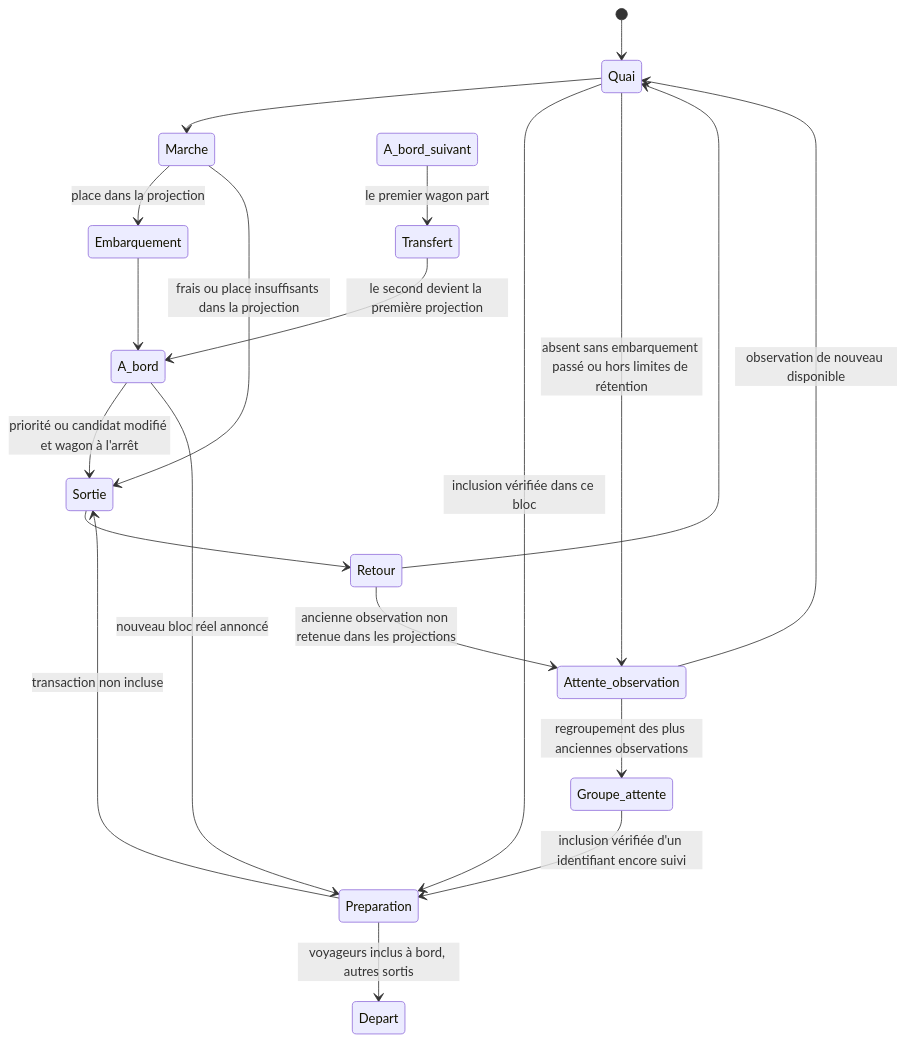
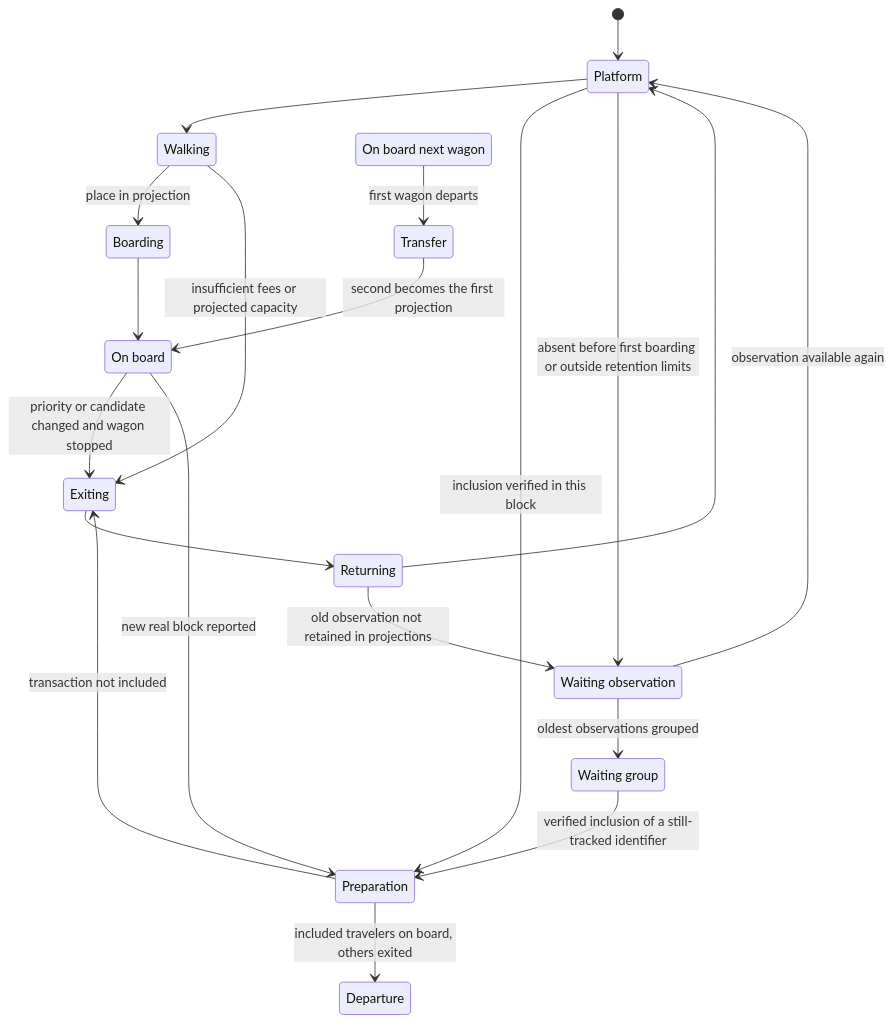
One commit to arnaud71/blocklane changed the diagram in docs/animation.md. Above: the diagram before and after it, drawn with Mermaid. The commit also changed other lines of this file and 41 other files, not shown here.

````diff
--- a/docs/animation.md
+++ b/docs/animation.md
@@ -79,22 +79,34 @@
 ```mermaid
 stateDiagram-v2
+    state "Platform" as Quai
+    state "Walking" as Marche
+    state "Boarding" as Embarquement
+    state "On board" as A_bord
+    state "Exiting" as Sortie
+    state "Preparation" as Preparation
+    state "Departure" as Depart
+    state "On board next wagon" as A_bord_suivant
+    state "Transfer" as Transfert
+    state "Returning" as Retour
+    state "Waiting observation" as Attente_observation
+    state "Waiting group" as Groupe_attente
     [*] --> Quai
     Quai --> Marche
-    Marche --> Embarquement: place dans la projection
+    Marche --> Embarquement: place in projection
     Embarquement --> A_bord
-    Marche --> Sortie: frais ou place insuffisants dans la projection
-    A_bord --> Sortie: priorité ou candidat modifié et wagon à l'arrêt
-    A_bord --> Preparation: nouveau bloc réel annoncé
-    Quai --> Preparation: inclusion vérifiée dans ce bloc
-    Preparation --> Depart: voyageurs inclus à bord, autres sortis
-    Preparation --> Sortie: transaction non incluse
-    A_bord_suivant --> Transfert: le premier wagon part
-    Transfert --> A_bord: le second devient la première projection
+    Marche --> Sortie: insufficient fees or projected capacity
+    A_bord --> Sortie: priority or candidate changed and wagon stopped
+    A_bord --> Preparation: new real block reported
+    Quai --> Preparation: inclusion verified in this block
+    Preparation --> Depart: included travelers on board, others exited
+    Preparation --> Sortie: transaction not included
+    A_bord_suivant --> Transfert: first wagon departs
+    Transfert --> A_bord: second becomes the first projection
     Sortie --> Retour
     Retour --> Quai
-    Quai --> Attente_observation: absent sans embarquement passé ou hors limites de rétention
-    Retour --> Attente_observation: ancienne observation non retenue dans les projections
-    Attente_observation --> Quai: observation de nouveau disponible
-    Attente_observation --> Groupe_attente: regroupement des plus anciennes observations
-    Groupe_attente --> Preparation: inclusion vérifiée d'un identifiant encore suivi
+    Quai --> Attente_observation: absent before first boarding or outside retention limits
+    Retour --> Attente_observation: old observation not retained in projections
+    Attente_observation --> Quai: observation available again
+    Attente_observation --> Groupe_attente: oldest observations grouped
+    Groupe_attente --> Preparation: verified inclusion of a still-tracked identifier
 ```
````
